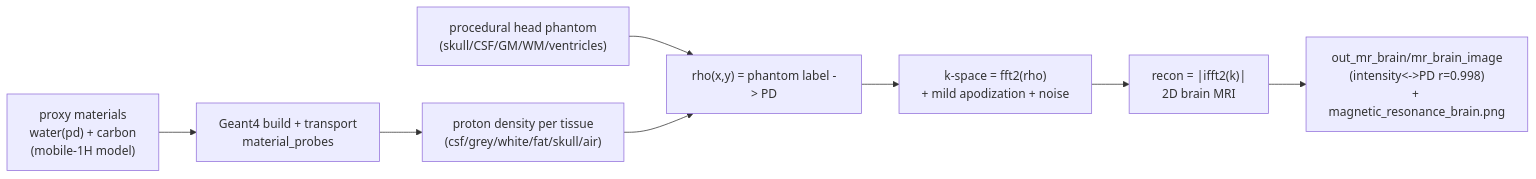
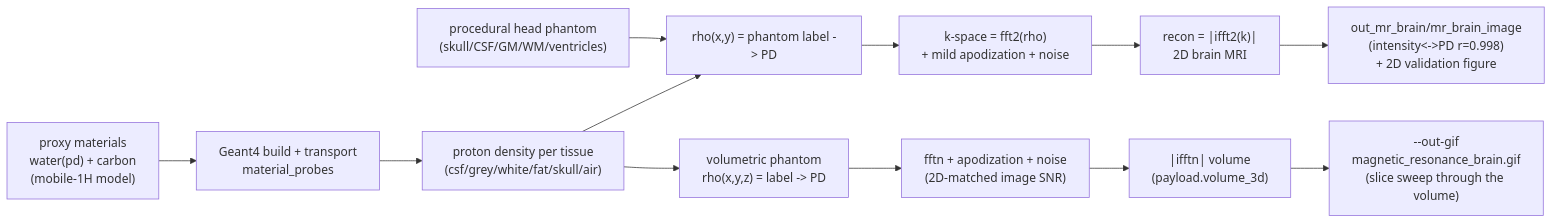
One commit to Geckos-Ink/trech changed the seventh of 27 diagrams in CHARTS.md. Above: the diagram before and after it, drawn with Mermaid. The commit also changed other lines of this file and 135 other files, not shown here.

First line of the commit message:
Make README animations legible 3D replays with charts

````diff
--- a/CHARTS.md
+++ b/CHARTS.md
@@ -151,10 +151,14 @@
 ```mermaid
 flowchart LR
   PROXY["proxy materials\nwater(pd) + carbon\n(mobile-1H model)"] --> G4B["Geant4 build + transport\nmaterial_probes"]
   G4B --> PD["proton density per tissue\n(csf/grey/white/fat/skull/air)"]
   PHANT["procedural head phantom\n(skull/CSF/GM/WM/ventricles)"] --> RHO["rho(x,y) = phantom label -> PD"]
   PD --> RHO
   RHO --> KS["k-space = fft2(rho)\n+ mild apodization + noise"]
   KS --> RECON["recon = |ifft2(k)|\n2D brain MRI"]
-  RECON --> BOUT["out_mr_brain/mr_brain_image\n(intensity<->PD r=0.998)\n+ magnetic_resonance_brain.png"]
+  RECON --> BOUT["out_mr_brain/mr_brain_image\n(intensity<->PD r=0.998)\n+ 2D validation figure"]
+  PD --> RHO3["volumetric phantom\nrho(x,y,z) = label -> PD"]
+  RHO3 --> KS3["fftn + apodization + noise\n(2D-matched image SNR)"]
+  KS3 --> REC3["|ifftn| volume\n(payload.volume_3d)"]
+  REC3 --> GIF3["--out-gif\nmagnetic_resonance_brain.gif\n(slice sweep through the volume)"]
 ```
````
